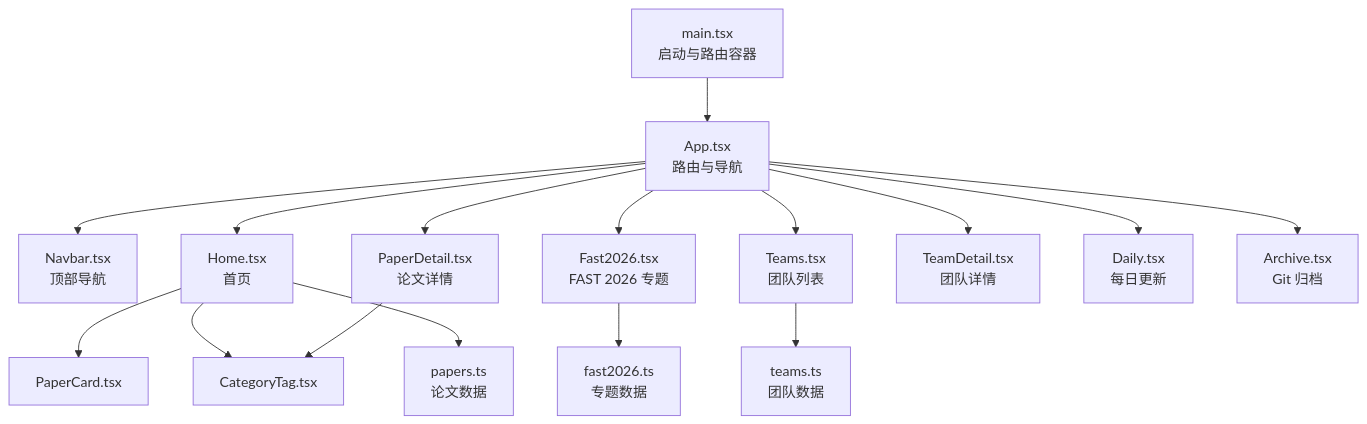
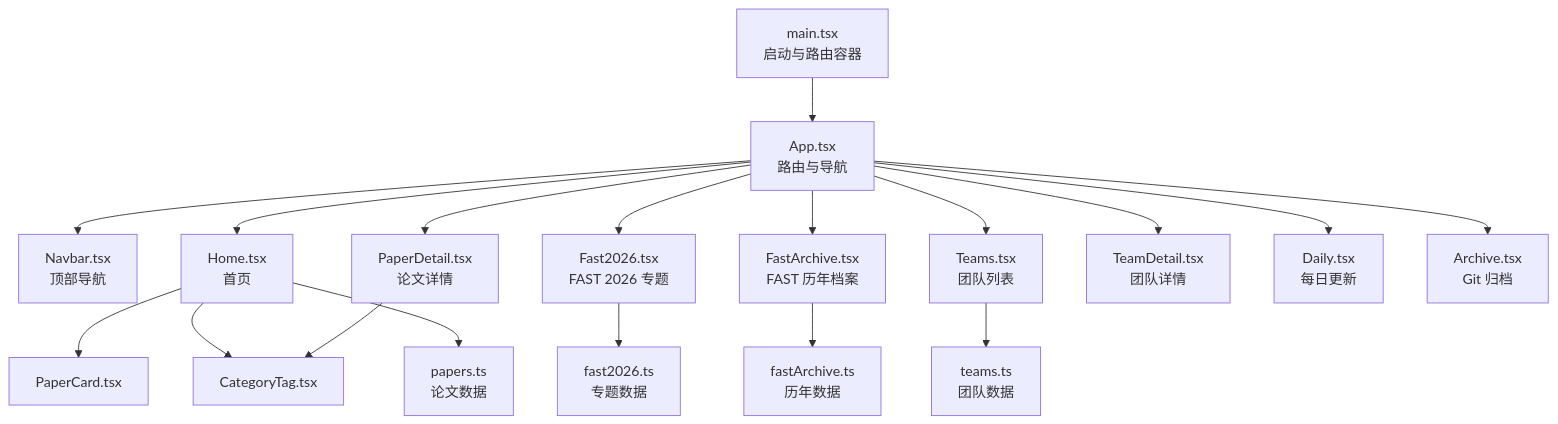
One commit to erikliu123/storage_ai_blog changed the first of 10 diagrams in .qoder/repowiki/zh/content/页面组件/页面组件.md. Above: the diagram before and after it, drawn with Mermaid. The commit also changed other lines of this file and 10 other files, not shown here.

Commit message:
fix: Add missing FAST 2023 learned-index, cloud-block, nvme-queue architecture diagrams

````diff
--- a/.qoder/repowiki/zh/content/页面组件/页面组件.md
+++ b/.qoder/repowiki/zh/content/页面组件/页面组件.md
@@ -44,18 +46,20 @@
 ```mermaid
 graph TB
 A["main.tsx<br/>启动与路由容器"] --> B["App.tsx<br/>路由与导航"]
 B --> C["Navbar.tsx<br/>顶部导航"]
 B --> D["Home.tsx<br/>首页"]
 B --> E["PaperDetail.tsx<br/>论文详情"]
 B --> F["Fast2026.tsx<br/>FAST 2026 专题"]
+B --> FA["FastArchive.tsx<br/>FAST 历年档案"]
 B --> G["Teams.tsx<br/>团队列表"]
 B --> H["TeamDetail.tsx<br/>团队详情"]
 B --> I["Daily.tsx<br/>每日更新"]
 B --> J["Archive.tsx<br/>Git 归档"]
 D --> K["PaperCard.tsx"]
 D --> L["CategoryTag.tsx"]
 E --> L
 F --> M["fast2026.ts<br/>专题数据"]
+FA --> NA["fastArchive.ts<br/>历年数据"]
 G --> N["teams.ts<br/>团队数据"]
 D --> O["papers.ts<br/>论文数据"]
 ```
````
